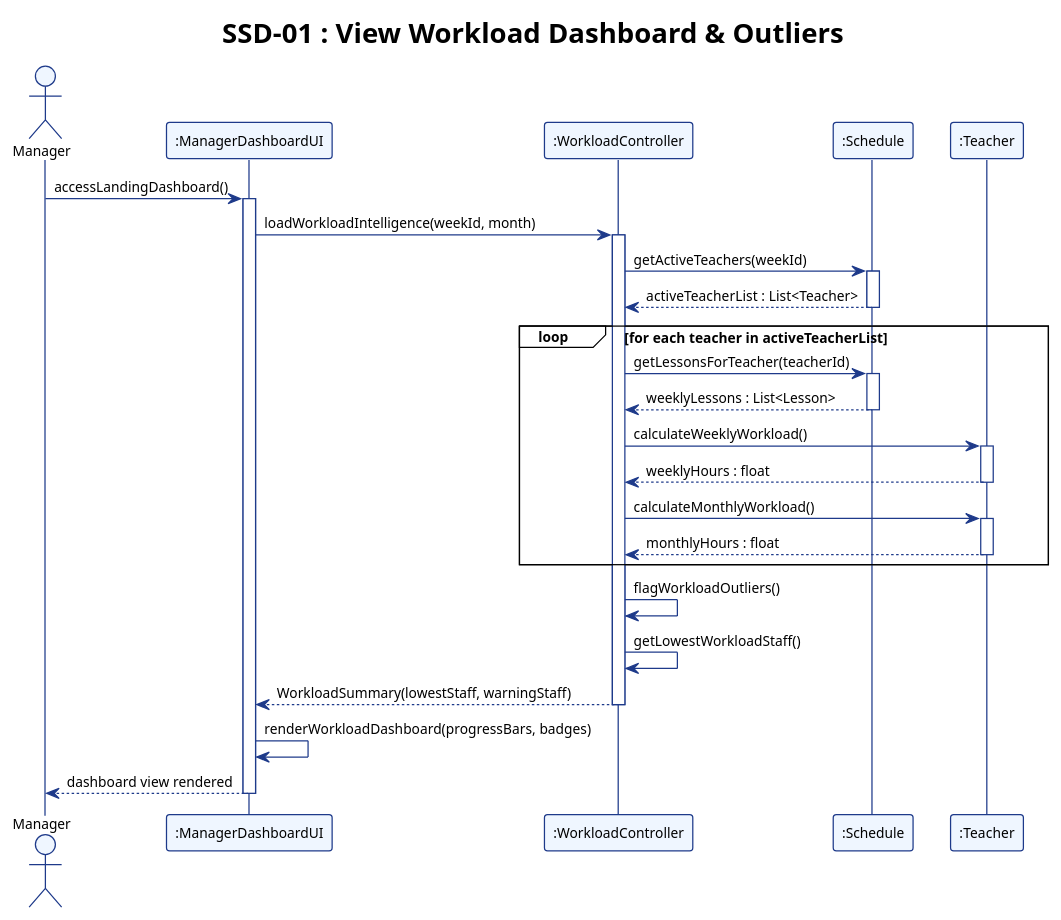
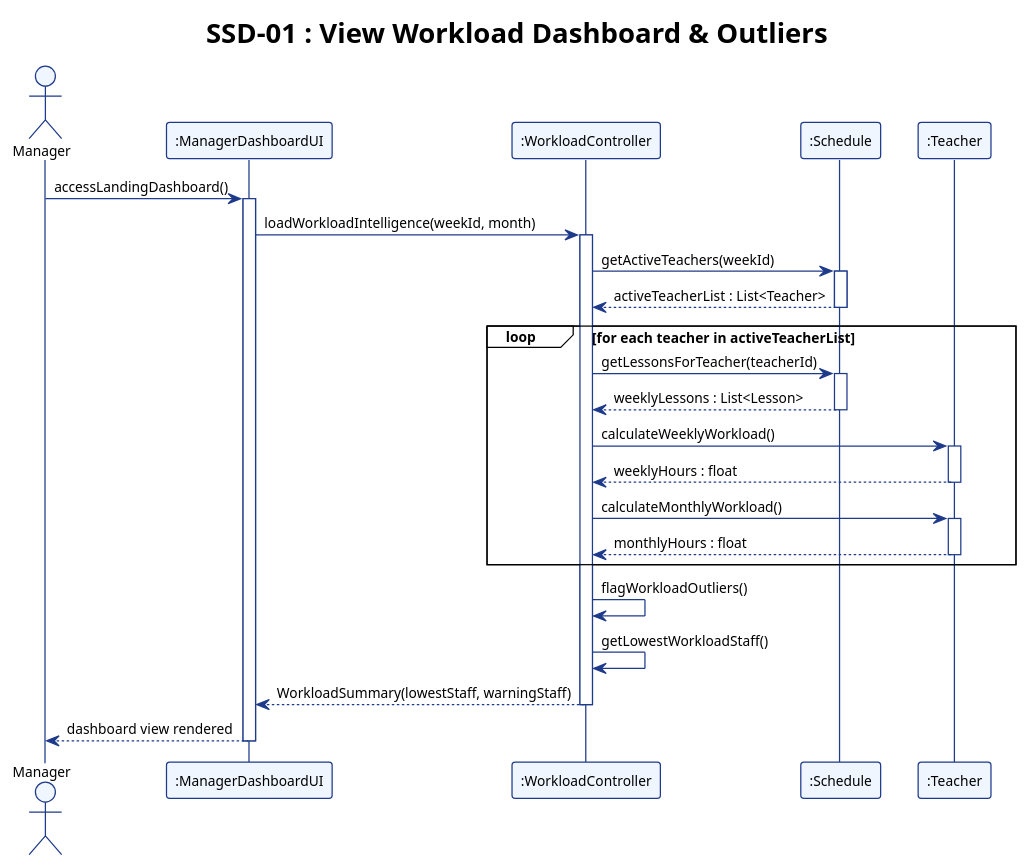
Before and after one commit to adoreblvnk/2001temp: the diagram in report/assets/ssd_01.puml, drawn with PlantUML. The commit also changed 27 other files, not shown here.

First line of the commit message:
fix(report): streamline sequence diagrams, remove LaTeX, and reformat appendix

```diff
--- a/report/assets/ssd_01.puml
+++ b/report/assets/ssd_01.puml
@@ -1,56 +1,55 @@
 @startuml ssd_01
 !theme plain
 skinparam shadowing false
 skinparam defaultFontName "Helvetica", "Arial", sans-serif
 skinparam defaultFontSize 11
 skinparam sequence {
     ParticipantBorderColor #1E3A8A
     ParticipantBackgroundColor #EFF6FF
     LifeLineBorderColor #1E3A8A
     LifeLineBackgroundColor #FFFFFF
     ArrowColor #1E3A8A
     ActorBorderColor #1E3A8A
     ActorBackgroundColor #EFF6FF
 }
 
 title SSD-01 : View Workload Dashboard & Outliers
 
 actor "Manager" as M
 participant ":ManagerDashboardUI" as UI
 participant ":WorkloadController" as WC
 participant ":Schedule" as S
 participant ":Teacher" as T
 
 M -> UI : accessLandingDashboard()
 activate UI
 UI -> WC : loadWorkloadIntelligence(weekId, month)
 activate WC
 WC -> S : getActiveTeachers(weekId)
 activate S
 S --> WC : activeTeacherList : List<Teacher>
 deactivate S
 
 loop for each teacher in activeTeacherList
     WC -> S : getLessonsForTeacher(teacherId)
     activate S
     S --> WC : weeklyLessons : List<Lesson>
     deactivate S
     WC -> T : calculateWeeklyWorkload()
     activate T
     T --> WC : weeklyHours : float
     deactivate T
     WC -> T : calculateMonthlyWorkload()
     activate T
     T --> WC : monthlyHours : float
     deactivate T
 end
 
 WC -> WC : flagWorkloadOutliers()
 WC -> WC : getLowestWorkloadStaff()
 WC --> UI : WorkloadSummary(lowestStaff, warningStaff)
 deactivate WC
 
-UI -> UI : renderWorkloadDashboard(progressBars, badges)
 UI --> M : dashboard view rendered
 deactivate UI
 @enduml
```
